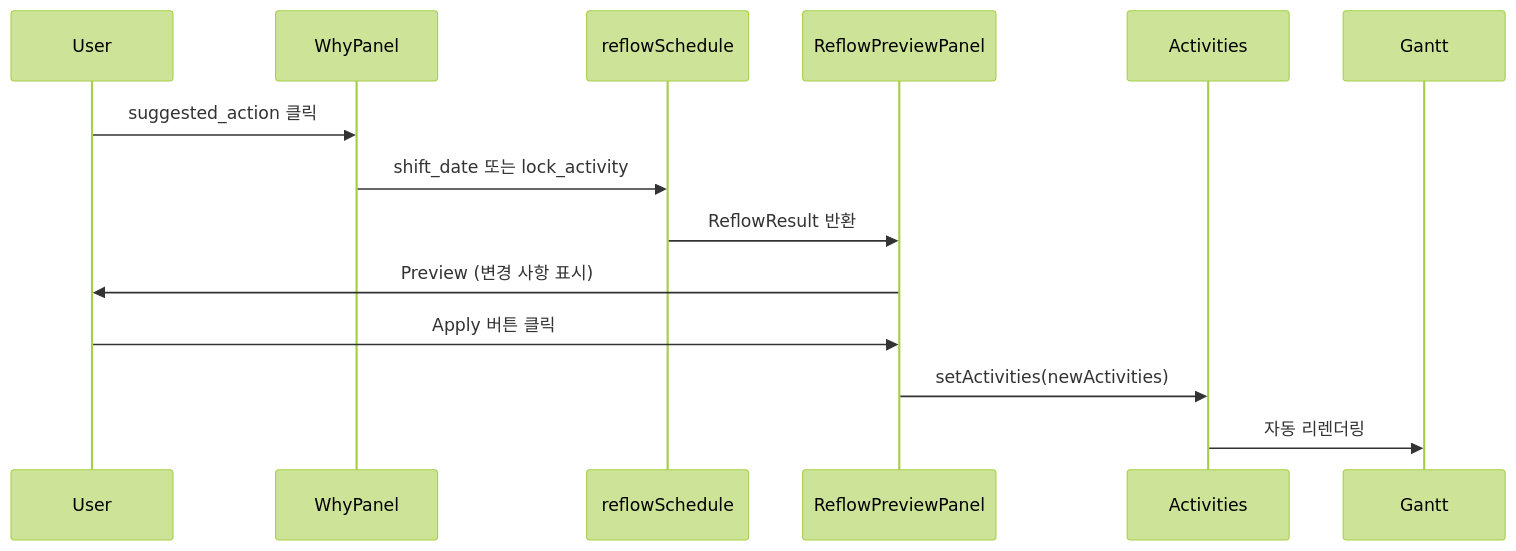
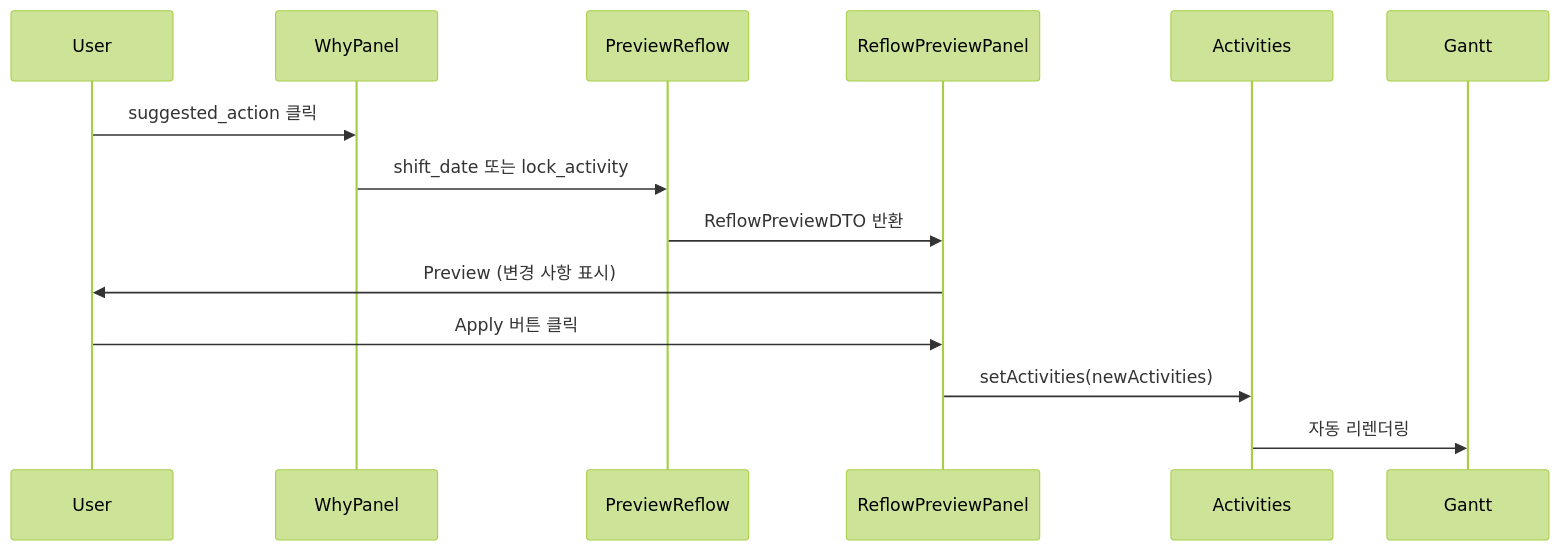
The sixth of 6 diagrams in docs/LAYOUT.md (macho715/tr_dash), drawn with Mermaid (forest theme) before and after one commit. The commit also changed other lines of this file and 25 other files, not shown here.

First line of the commit message:
docs(ARCH): AI flowchart, Mermaid fixes, LAYOUT/SYSTEM_ARCHITECTURE verification

````diff
--- a/docs/LAYOUT.md
+++ b/docs/LAYOUT.md
@@ -807,10 +842,10 @@
 ```mermaid
 sequenceDiagram
     User->>WhyPanel: suggested_action 클릭
-    WhyPanel->>reflowSchedule: shift_date 또는 lock_activity
-    reflowSchedule->>ReflowPreviewPanel: ReflowResult 반환
+    WhyPanel->>PreviewReflow: shift_date 또는 lock_activity
+    PreviewReflow->>ReflowPreviewPanel: ReflowPreviewDTO 반환
     ReflowPreviewPanel->>User: Preview (변경 사항 표시)
     User->>ReflowPreviewPanel: Apply 버튼 클릭
     ReflowPreviewPanel->>Activities: setActivities(newActivities)
     Activities->>Gantt: 자동 리렌더링
 ```
````
